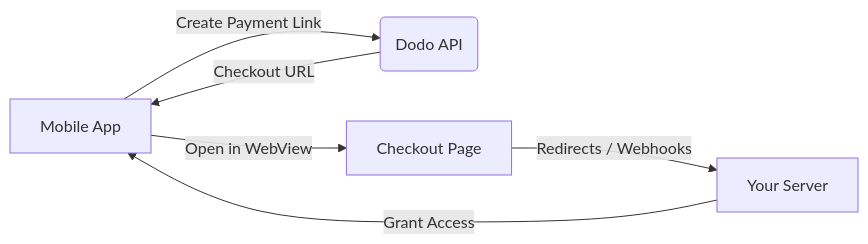
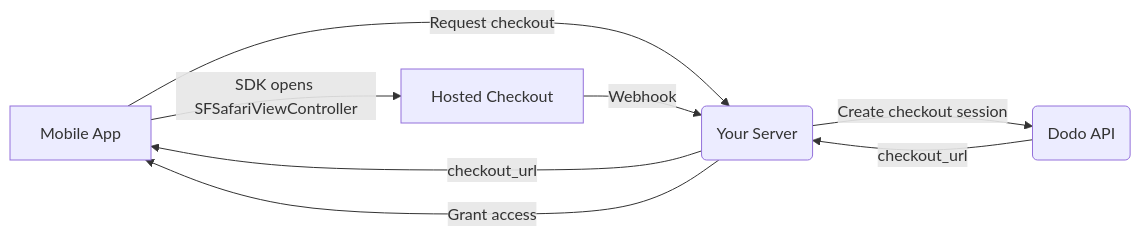
One commit to dodopayments/dodo-docs changed the diagram in features/appstore-digital-goods.mdx. Above: the diagram before and after it, drawn with Mermaid. The commit also changed other lines of this file and 11 other files, not shown here.

First line of the commit message:
docs(sdks): add per-platform mobile checkout SDK pages and fix Flutter coverage (#449)

````diff
--- a/features/appstore-digital-goods.mdx
+++ b/features/appstore-digital-goods.mdx
@@ -67,8 +76,10 @@
 ```mermaid
 flowchart LR
-  A[Mobile App] -->|Create Payment Link| B(Dodo API)
-  B -->|Checkout URL| A
-  A -->|Open in WebView| C[Checkout Page]
-  C -->|Redirects / Webhooks| D[Your Server]
-  D -->|Grant Access| A
+  A[Mobile App] -->|Request checkout| B(Your Server)
+  B -->|Create checkout session| C(Dodo API)
+  C -->|checkout_url| B
+  B -->|checkout_url| A
+  A -->|SDK opens SFSafariViewController| D[Hosted Checkout]
+  D -->|Webhook| B
+  B -->|Grant access| A
 ```
````
